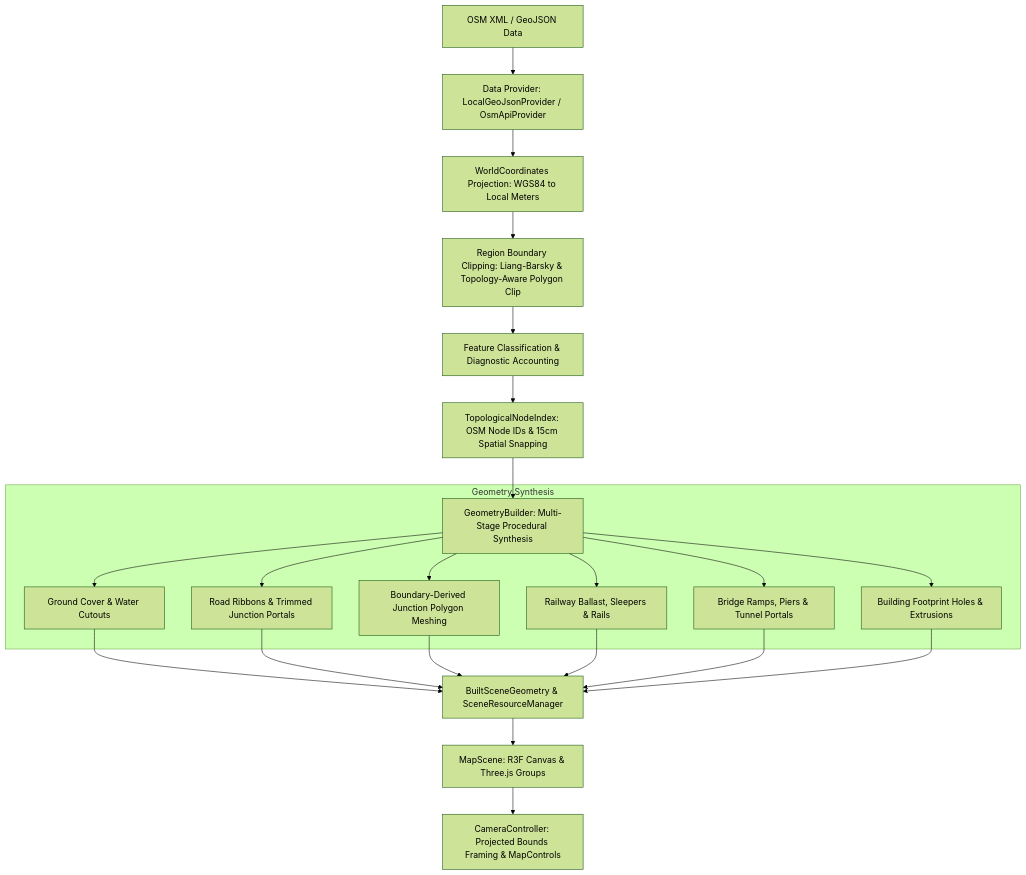
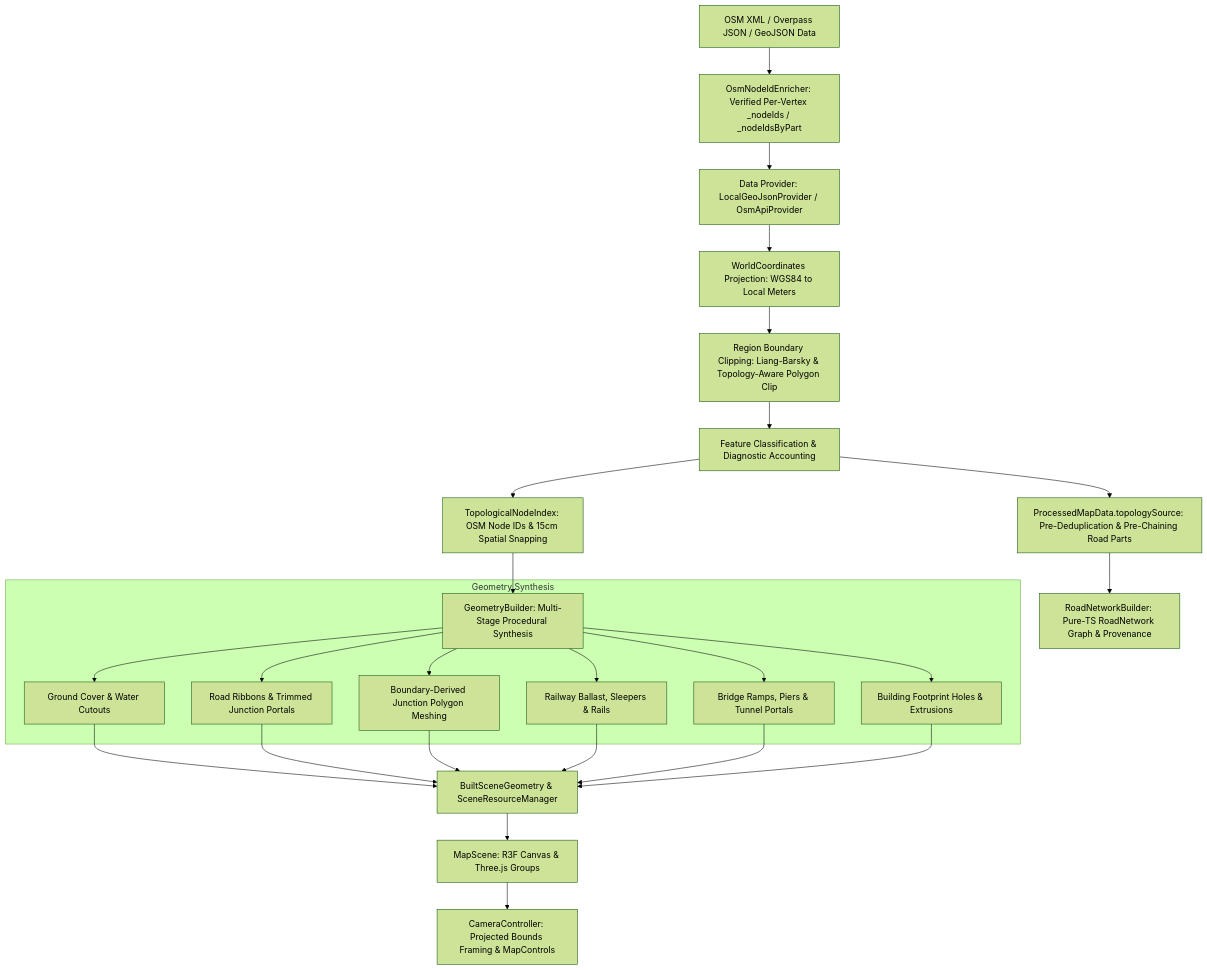
One commit to Video-S/OSM-Renderer changed the diagram in docs/architecture.md. Above: the diagram before and after it, drawn with Mermaid (forest theme). The commit also changed other lines of this file and 101 other files, not shown here.

First line of the commit message:
feat(topology): implement infrastructure graph and node enrichment

````diff
--- a/docs/architecture.md
+++ b/docs/architecture.md
@@ -35,23 +36,26 @@
 ```mermaid
 flowchart TD
-    A[OSM XML / GeoJSON Data] --> B[Data Provider: LocalGeoJsonProvider / OsmApiProvider]
+    A[OSM XML / Overpass JSON / GeoJSON Data] --> A1[OsmNodeIdEnricher: Verified Per-Vertex _nodeIds / _nodeIdsByPart]
+    A1 --> B[Data Provider: LocalGeoJsonProvider / OsmApiProvider]
     B --> C[WorldCoordinates Projection: WGS84 to Local Meters]
     C --> D[Region Boundary Clipping: Liang-Barsky & Topology-Aware Polygon Clip]
     D --> E[Feature Classification & Diagnostic Accounting]
+    E --> E1[ProcessedMapData.topologySource: Pre-Deduplication & Pre-Chaining Road Parts]
+    E1 --> E2[RoadNetworkBuilder: Pure-TS RoadNetwork Graph & Provenance]
     E --> F[TopologicalNodeIndex: OSM Node IDs & 15cm Spatial Snapping]
     F --> G[GeometryBuilder: Multi-Stage Procedural Synthesis]
     
     subgraph Geometry Synthesis
         G1[Ground Cover & Water Cutouts]
         G2[Road Ribbons & Trimmed Junction Portals]
         G3[Boundary-Derived Junction Polygon Meshing]
         G4[Railway Ballast, Sleepers & Rails]
         G5[Bridge Ramps, Piers & Tunnel Portals]
         G6[Building Footprint Holes & Extrusions]
         G --> G1 & G2 & G3 & G4 & G5 & G6
     end
 
     G1 & G2 & G3 & G4 & G5 & G6 --> H[BuiltSceneGeometry & SceneResourceManager]
     H --> I[MapScene: R3F Canvas & Three.js Groups]
     I --> J[CameraController: Projected Bounds Framing & MapControls]
 ```
````
